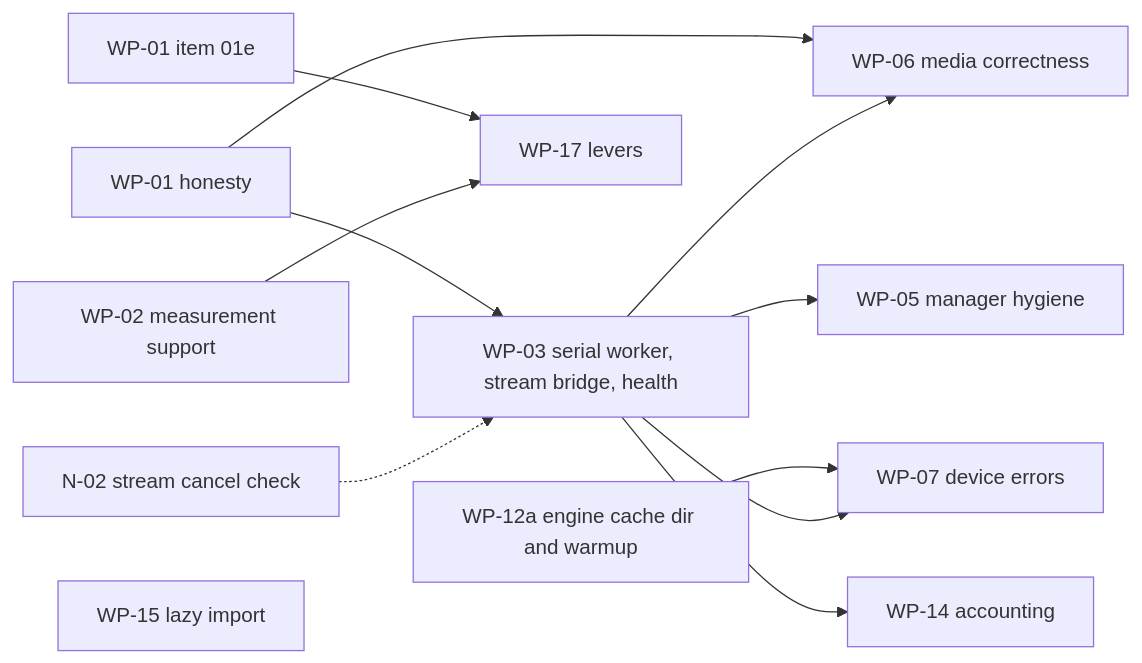
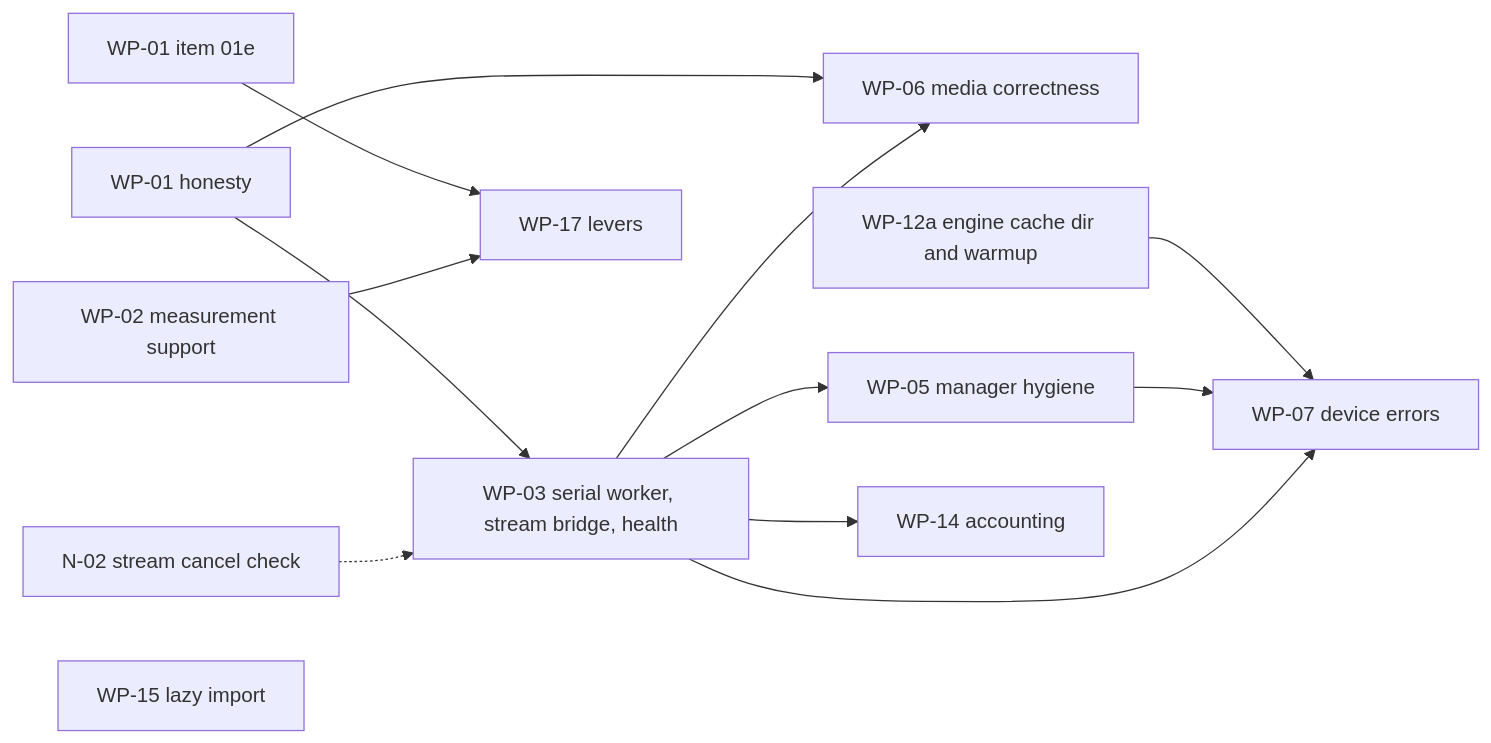
The diagram in docs/plans/MASTER_PLAN_v4.md (techdeveloper-org/intel-arc-models-runner), drawn with Mermaid before and after one commit. The commit also changed other lines of this file and 3 other files, not shown here.

````diff
--- a/docs/plans/MASTER_PLAN_v4.md
+++ b/docs/plans/MASTER_PLAN_v4.md
@@ -1422,14 +1425,15 @@
 ```mermaid
 flowchart LR
   WP01["WP-01 honesty"] --> WP03["WP-03 serial worker, stream bridge, health"]
   WP01 --> WP06["WP-06 media correctness"]
   WP03 --> WP06
   WP01e["WP-01 item 01e"] --> WP17["WP-17 levers"]
   WP02["WP-02 measurement support"] --> WP17
   WP12a["WP-12a engine cache dir and warmup"] --> WP07["WP-07 device errors"]
   N02["N-02 stream cancel check"] -.-> WP03
   WP03 --> WP05["WP-05 manager hygiene"]
+  WP05 --> WP07
   WP03 --> WP07
   WP03 --> WP14["WP-14 accounting"]
   WP15["WP-15 lazy import"]
 ```
````
